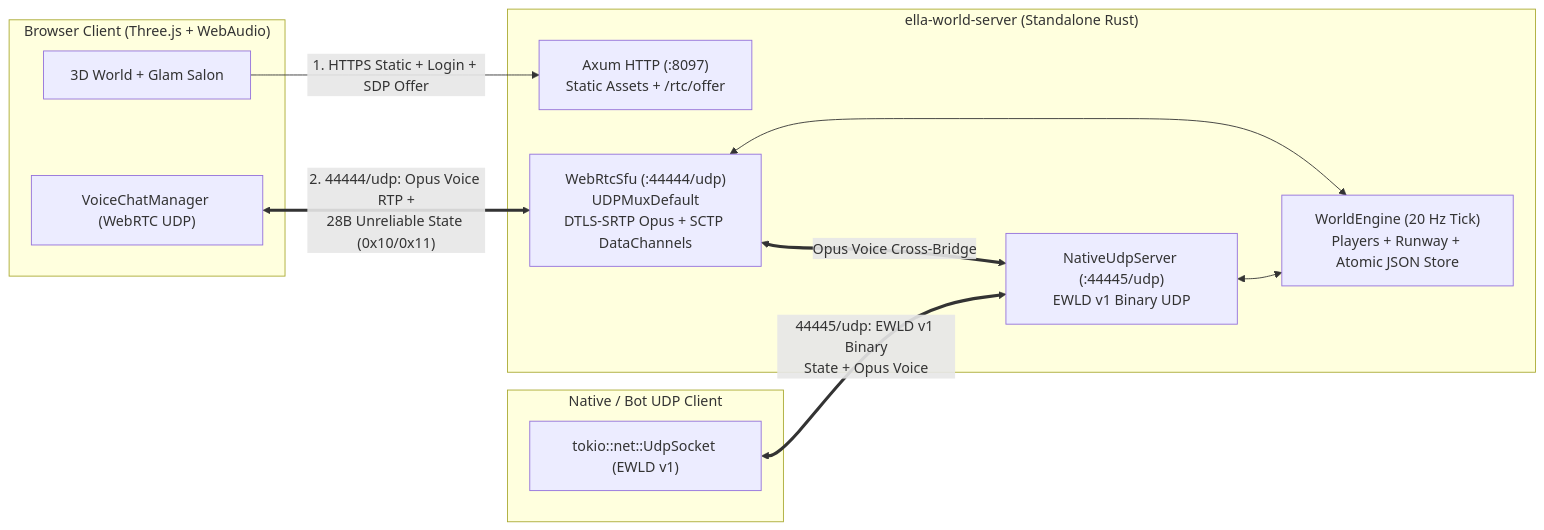
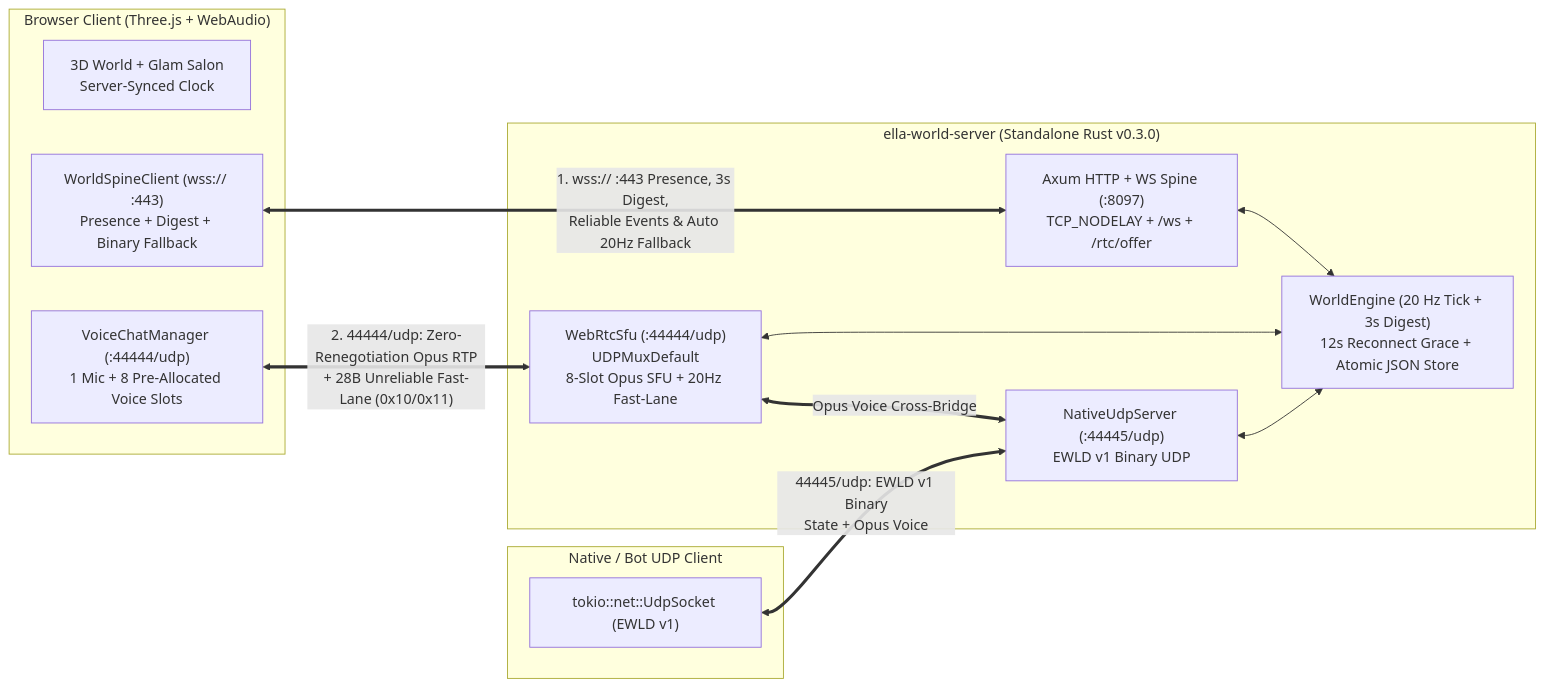
One commit to rbaindourov/ella-world changed the diagram in docs/architecture.md. Above: the diagram before and after it, drawn with Mermaid. The commit also changed other lines of this file and 20 other files, not shown here.

First line of the commit message:
feat(sync): implement v0.3.0 hybrid WebSocket spine, 8-slot zero-renegotiation UDP SFU, and server-synced clock

````diff
--- a/docs/architecture.md
+++ b/docs/architecture.md
@@ -7,25 +9,27 @@
 ```mermaid
 flowchart LR
   subgraph Browser["Browser Client (Three.js + WebAudio)"]
-    UI["3D World + Glam Salon"]
-    VC["VoiceChatManager (WebRTC UDP)"]
+    UI["3D World + Glam Salon\nServer-Synced Clock"]
+    WS["WorldSpineClient (wss:// :443)\nPresence + Digest + Binary Fallback"]
+    VC["VoiceChatManager (:44444/udp)\n1 Mic + 8 Pre-Allocated Voice Slots"]
   end
 
   subgraph Native["Native / Bot UDP Client"]
     NC["tokio::net::UdpSocket (EWLD v1)"]
   end
 
-  subgraph RustServer["ella-world-server (Standalone Rust)"]
-    AX["Axum HTTP (:8097)\nStatic Assets + /rtc/offer"]
-    SFU["WebRtcSfu (:44444/udp)\nUDPMuxDefault\nDTLS-SRTP Opus + SCTP DataChannels"]
+  subgraph RustServer["ella-world-server (Standalone Rust v0.3.0)"]
+    AX["Axum HTTP + WS Spine (:8097)\nTCP_NODELAY + /ws + /rtc/offer"]
+    SFU["WebRtcSfu (:44444/udp)\nUDPMuxDefault\n8-Slot Opus SFU + 20Hz Fast-Lane"]
     RAW["NativeUdpServer (:44445/udp)\nEWLD v1 Binary UDP"]
-    ENG["WorldEngine (20 Hz Tick)\nPlayers + Runway + Atomic JSON Store"]
+    ENG["WorldEngine (20 Hz Tick + 3s Digest)\n12s Reconnect Grace + Atomic JSON Store"]
   end
 
-  UI -- "1. HTTPS Static + Login + SDP Offer" --> AX
-  VC <== "2. 44444/udp: Opus Voice RTP +\n28B Unreliable State (0x10/0x11)" ==> SFU
+  WS <== "1. wss:// :443 Presence, 3s Digest,\nReliable Events & Auto 20Hz Fallback" ==> AX
+  VC <== "2. 44444/udp: Zero-Renegotiation Opus RTP\n+ 28B Unreliable Fast-Lane (0x10/0x11)" ==> SFU
   NC <== "44445/udp: EWLD v1 Binary\nState + Opus Voice" ==> RAW
+  AX <--> ENG
   SFU <--> ENG
   RAW <--> ENG
   SFU <== "Opus Voice Cross-Bridge" ==> RAW
 ```
````
